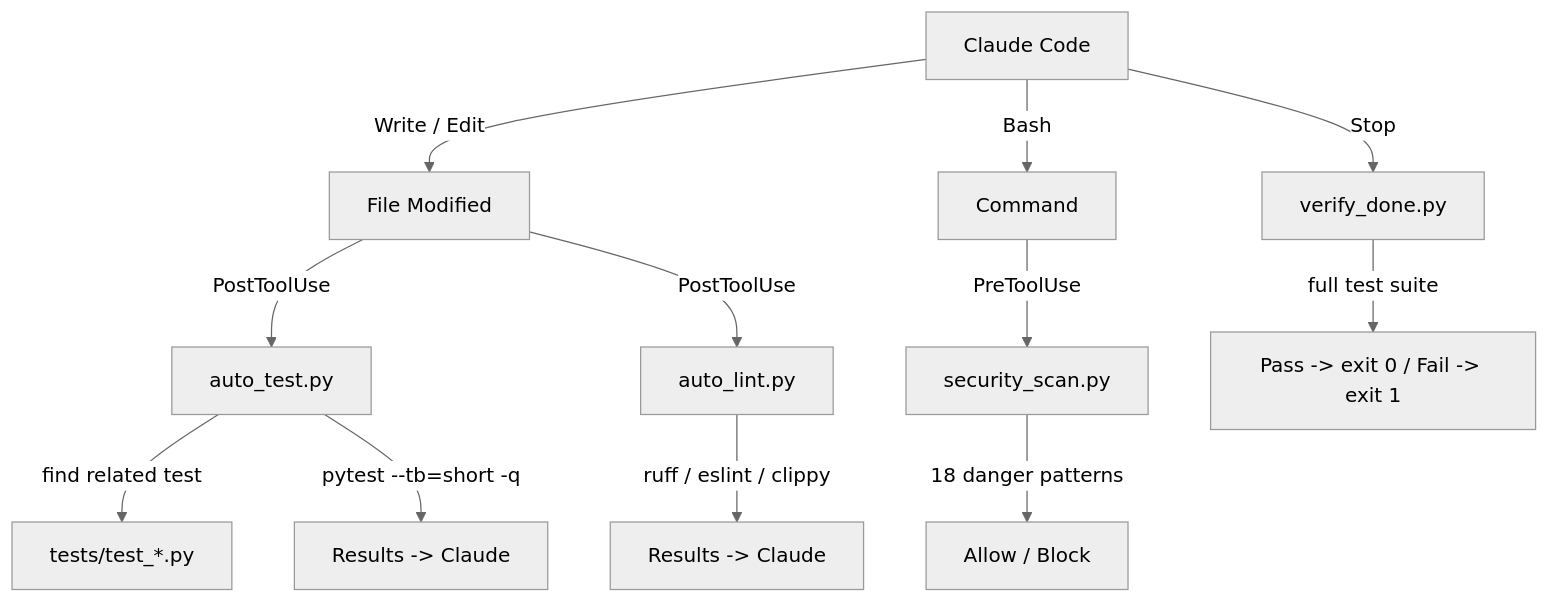
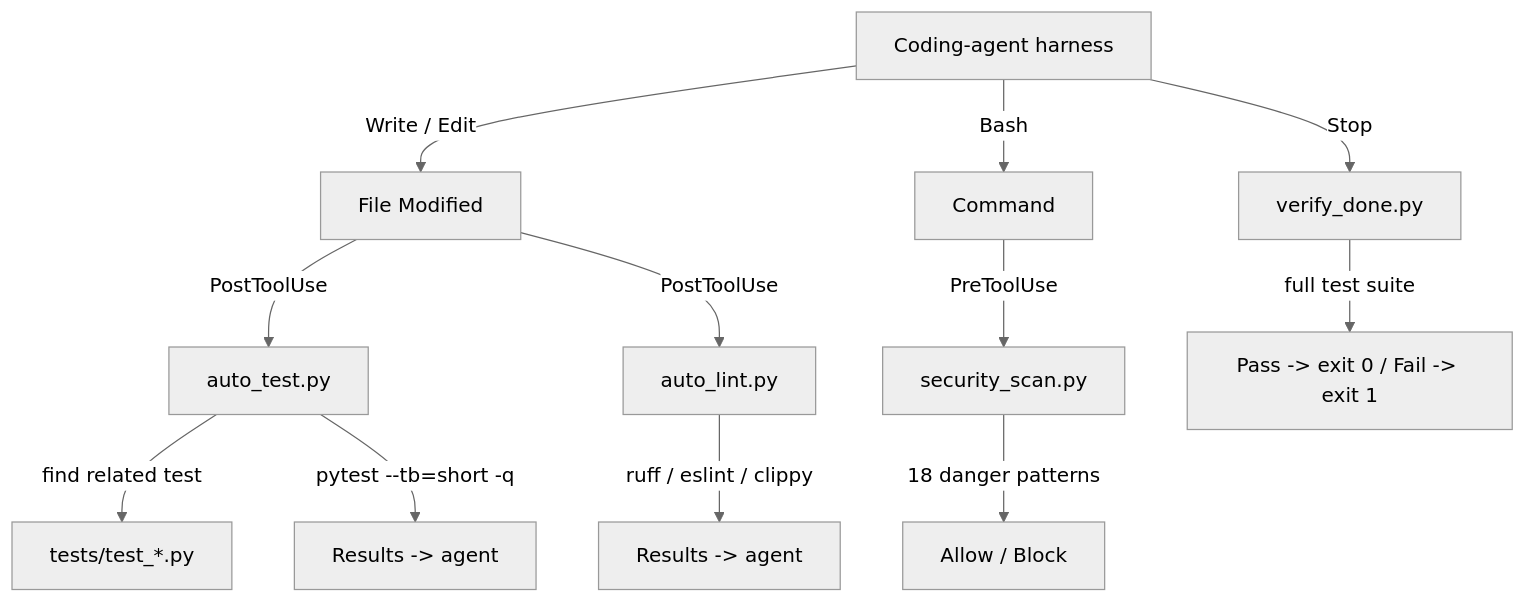
Before and after one commit to 0bserver07/chimera: the diagram in docs/playbooks/02-auto-test-lint.md, drawn with Mermaid (neutral theme). The commit also changed other lines of this file and 17 other files, not shown here.

````diff
--- a/docs/playbooks/02-auto-test-lint.md
+++ b/docs/playbooks/02-auto-test-lint.md
@@ -11,14 +11,14 @@
 ```mermaid
 graph TD
-    CC[Claude Code] -->|"Write / Edit"| F[File Modified]
+    H0[Coding-agent harness] -->|"Write / Edit"| F[File Modified]
     F -->|PostToolUse| AT["auto_test.py"]
     F -->|PostToolUse| AL["auto_lint.py"]
-    CC -->|"Bash"| B[Command]
+    H0 -->|"Bash"| B[Command]
     B -->|PreToolUse| SS["security_scan.py"]
     AT -->|find related test| TF["tests/test_*.py"]
-    AT -->|"pytest --tb=short -q"| R1["Results -> Claude"]
-    AL -->|"ruff / eslint / clippy"| R2["Results -> Claude"]
+    AT -->|"pytest --tb=short -q"| R1["Results -> agent"]
+    AL -->|"ruff / eslint / clippy"| R2["Results -> agent"]
     SS -->|"18 danger patterns"| R3["Allow / Block"]
-    CC -->|Stop| VD["verify_done.py"]
+    H0 -->|Stop| VD["verify_done.py"]
     VD -->|full test suite| R4["Pass -> exit 0 / Fail -> exit 1"]
 ```
````
